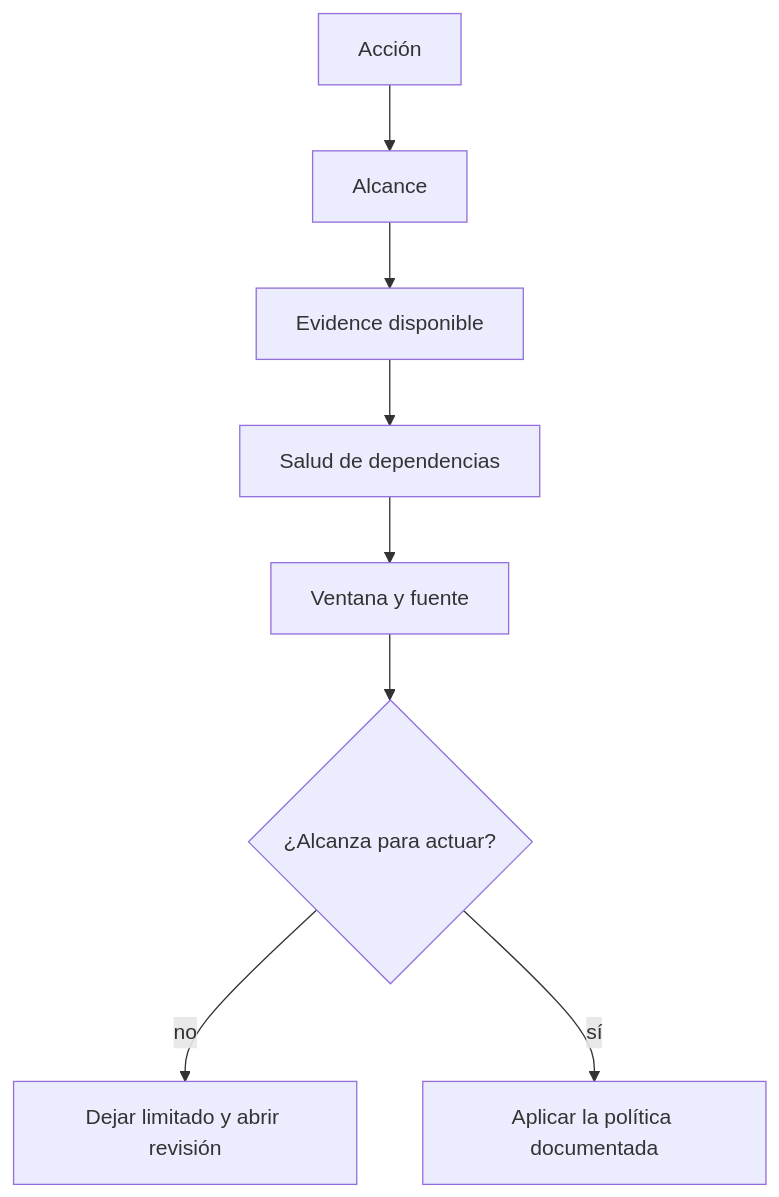
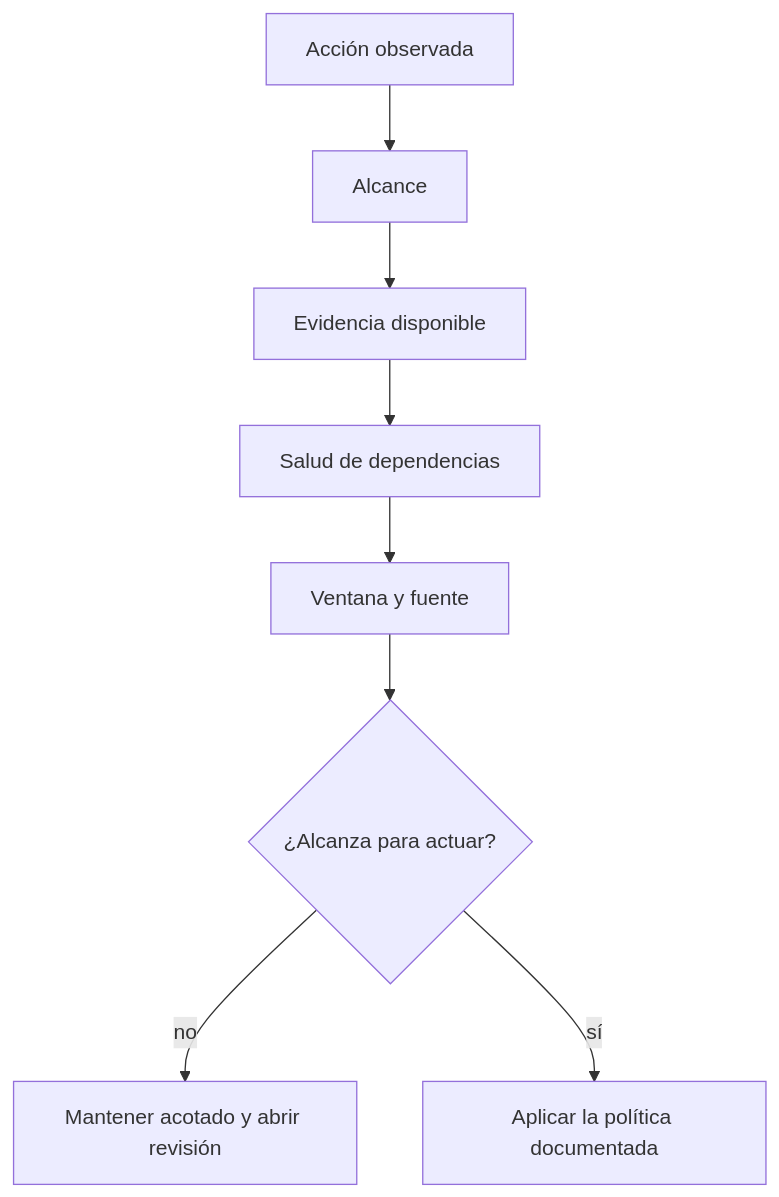
The diagram in docs/operation.md (daniwxxx/abuseshield-docs), drawn with Mermaid before and after one commit. The commit also changed other lines of this file and 40 other files, not shown here.

````diff
--- a/docs/operation.md
+++ b/docs/operation.md
@@ -15,10 +15,10 @@
 ```mermaid
 flowchart TD
-    A[Acción] --> B[Alcance]
-    B --> C[Evidence disponible]
-    C --> D[Salud de dependencias]
-    D --> E[Ventana y fuente]
-    E --> F{¿Alcanza para actuar?}
-    F -->|no| G[Dejar limitado y abrir revisión]
-    F -->|sí| H[Aplicar la política documentada]
+    A["Acción observada"] --> B["Alcance"]
+    B --> C["Evidencia disponible"]
+    C --> D["Salud de dependencias"]
+    D --> E["Ventana y fuente"]
+    E --> F{"¿Alcanza para actuar?"}
+    F -->|no| G["Mantener acotado y abrir revisión"]
+    F -->|sí| H["Aplicar la política documentada"]
 ```
````
